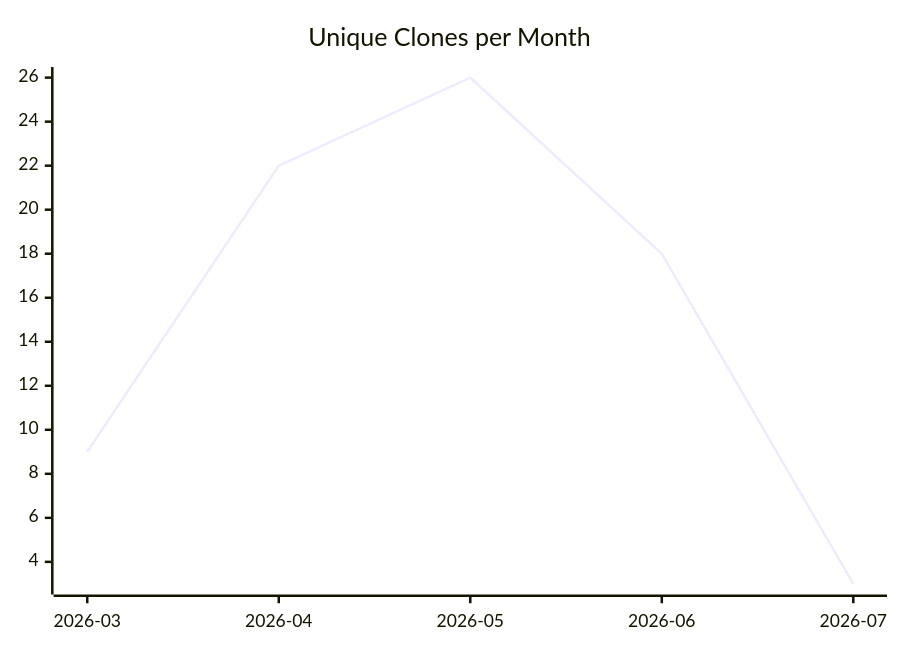
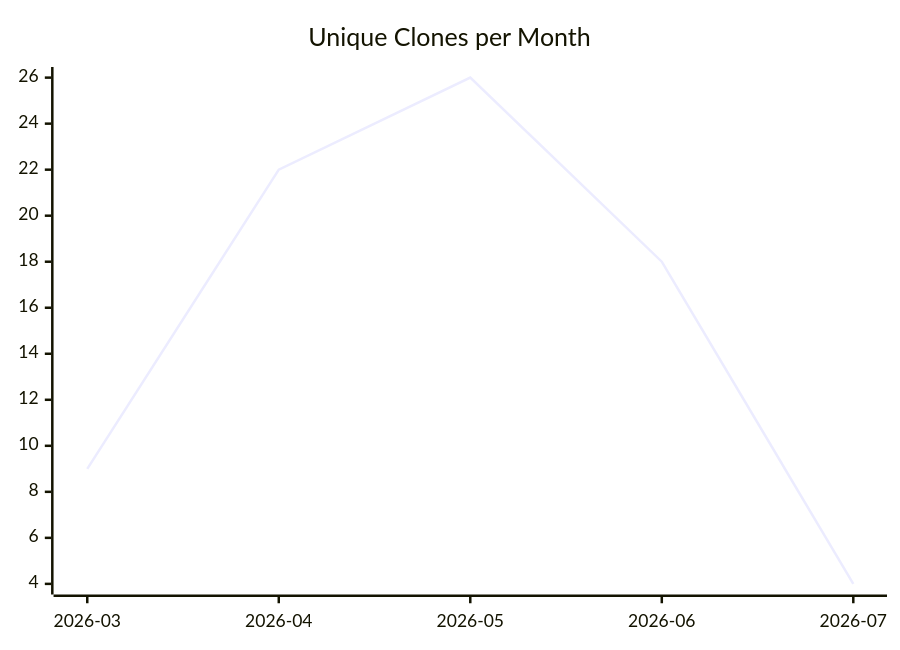
Before and after one commit to justdavis-family/github-analytics-data: the third of 3 diagrams in karlmdavis/lego-ev3dev-rs/README.md, drawn with Mermaid. The commit also changed other lines of this file and 186 other files, not shown here.

````diff
--- a/karlmdavis/lego-ev3dev-rs/README.md
+++ b/karlmdavis/lego-ev3dev-rs/README.md
@@ -19,6 +19,6 @@
 ```mermaid
 xychart-beta
   title "Unique Clones per Month"
   x-axis ["2026-03", "2026-04", "2026-05", "2026-06", "2026-07"]
-  line [9, 22, 26, 18, 3]
+  line [9, 22, 26, 18, 4]
 ```
````
